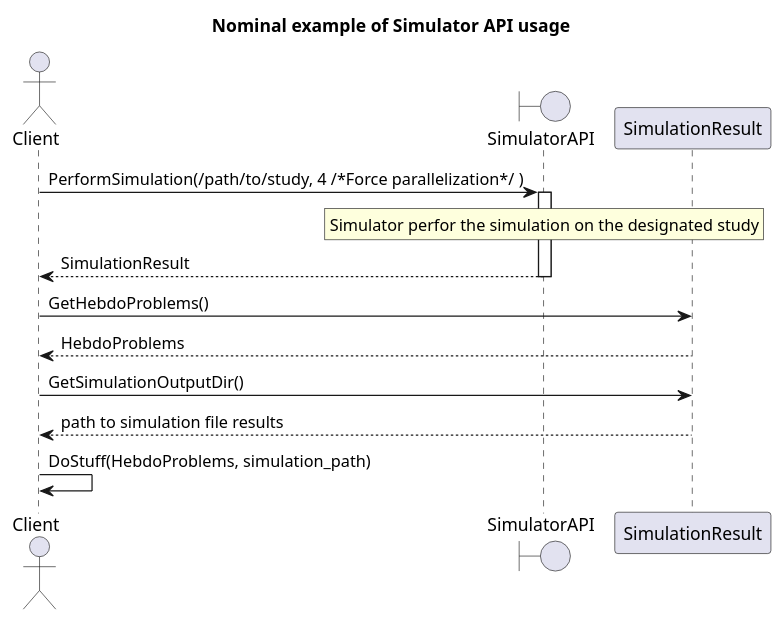
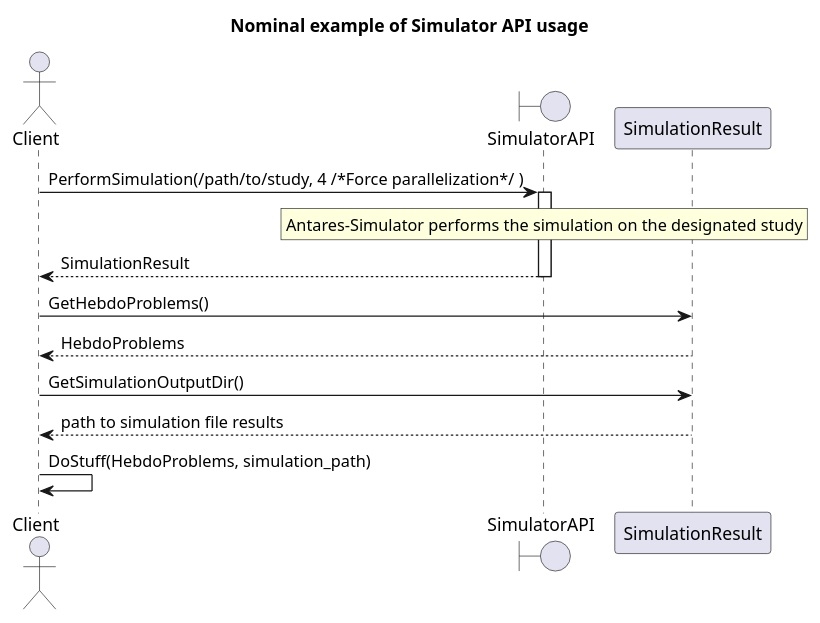
Before and after one commit to AntaresSimulatorTeam/Antares_Simulator: the diagram in docs/Architecture/API_usage_example.puml, drawn with PlantUML.

```diff
--- a/docs/Architecture/API_usage_example.puml
+++ b/docs/Architecture/API_usage_example.puml
@@ -1,20 +1,20 @@
 @startuml
 'https://plantuml.com/sequence-diagram
 
 title Nominal example of Simulator API usage
 
 Actor Client
 Boundary SimulatorAPI
 
 Client -> SimulatorAPI: PerformSimulation(/path/to/study, 4 /*Force parallelization*/ )
 activate SimulatorAPI
-rnote over SimulatorAPI: Simulator perfor the simulation on the designated study
+rnote over SimulatorAPI: Antares-Simulator performs the simulation on the designated study
 SimulatorAPI --> Client: SimulationResult
 deactivate SimulatorAPI
 Client -> SimulationResult: GetHebdoProblems()
 SimulationResult --> Client: HebdoProblems
 Client -> SimulationResult: GetSimulationOutputDir()
 SimulationResult --> Client: path to simulation file results
 Client -> Client: DoStuff(HebdoProblems, simulation_path)
 
 @enduml
```
